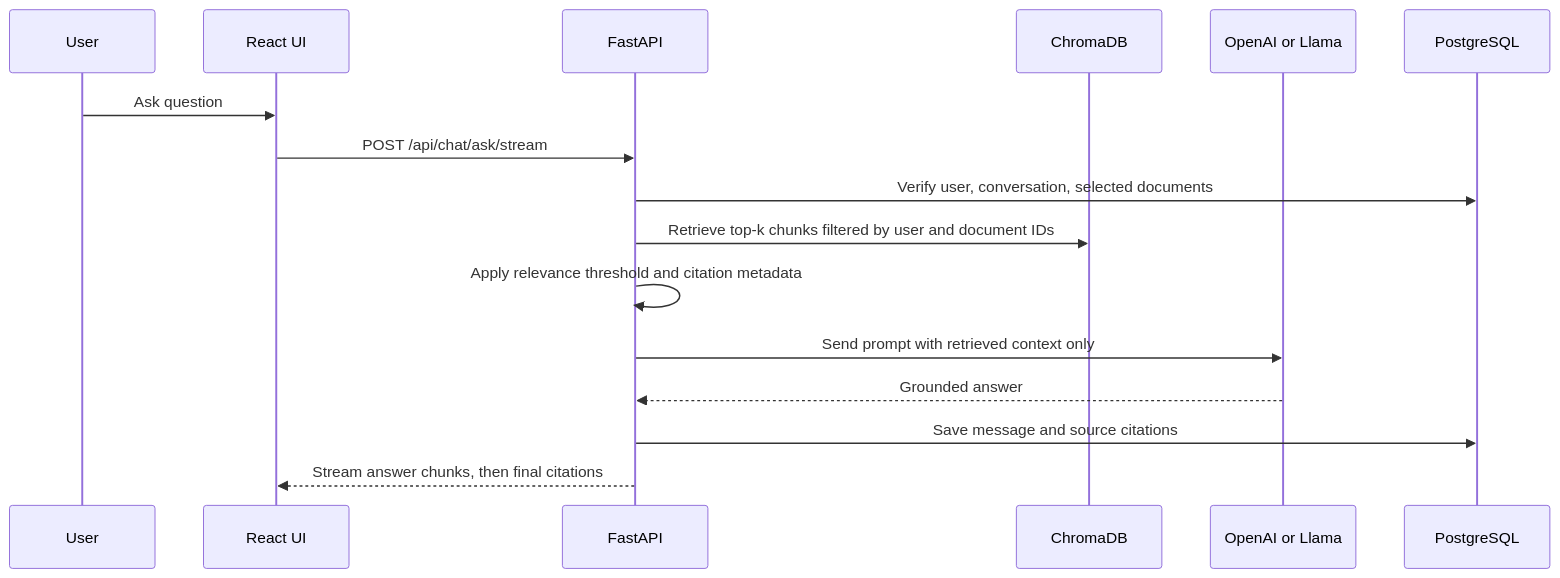
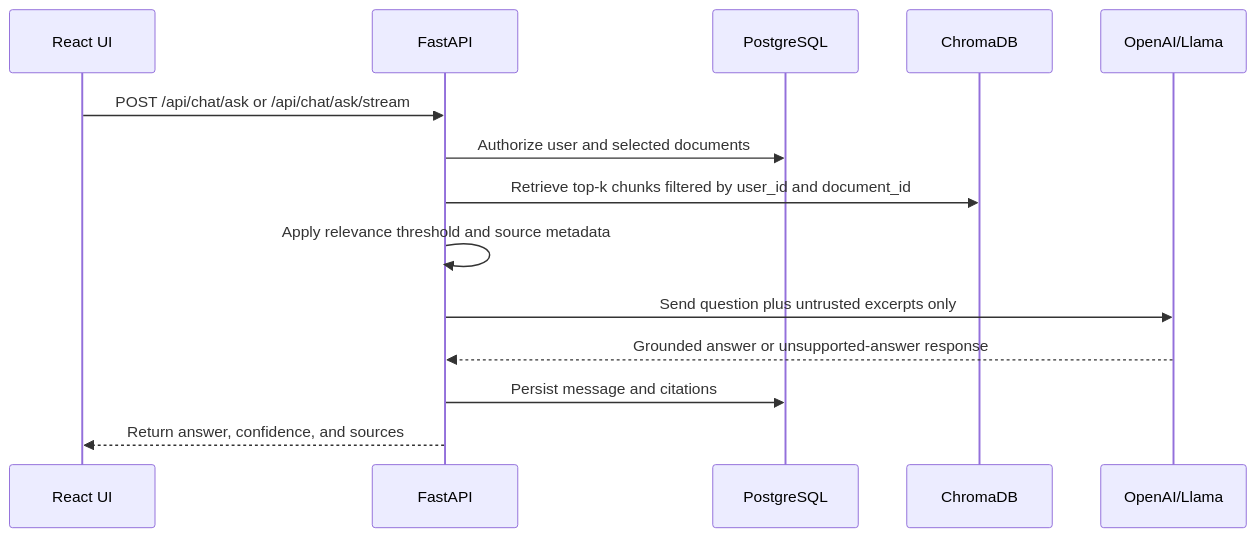
The second of 3 diagrams in README.md (NavyaThellapati/documind-ai-document-qa-assistant), drawn with Mermaid before and after one commit. The commit also changed other lines of this file and 92 other files, not shown here.

````diff
--- a/README.md
+++ b/README.md
@@ -70,19 +81,17 @@
 ```mermaid
 sequenceDiagram
-  participant User
   participant UI as React UI
   participant API as FastAPI
+  participant DB as PostgreSQL
   participant VS as ChromaDB
-  participant LLM as OpenAI or Llama
-  participant DB as PostgreSQL
+  participant LLM as OpenAI/Llama
 
-  User->>UI: Ask question
-  UI->>API: POST /api/chat/ask/stream
-  API->>DB: Verify user, conversation, selected documents
-  API->>VS: Retrieve top-k chunks filtered by user and document IDs
-  API->>API: Apply relevance threshold and citation metadata
-  API->>LLM: Send prompt with retrieved context only
-  LLM-->>API: Grounded answer
-  API->>DB: Save message and source citations
-  API-->>UI: Stream answer chunks, then final citations
+  UI->>API: POST /api/chat/ask or /api/chat/ask/stream
+  API->>DB: Authorize user and selected documents
+  API->>VS: Retrieve top-k chunks filtered by user_id and document_id
+  API->>API: Apply relevance threshold and source metadata
+  API->>LLM: Send question plus untrusted excerpts only
+  LLM-->>API: Grounded answer or unsupported-answer response
+  API->>DB: Persist message and citations
+  API-->>UI: Return answer, confidence, and sources
 ```
````
